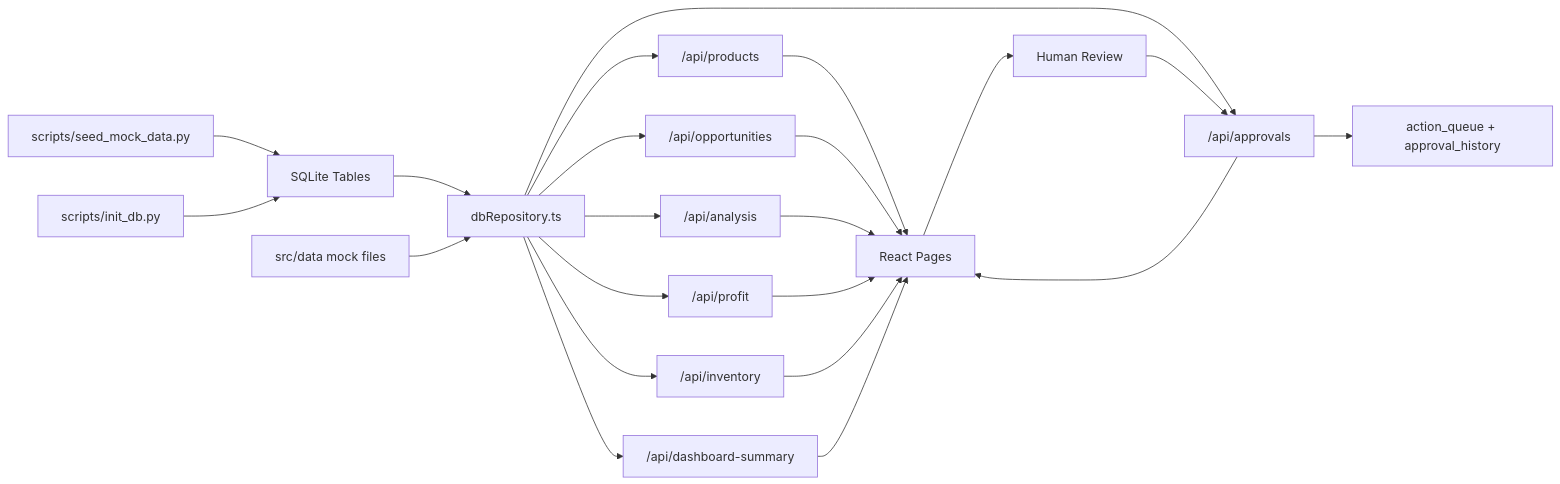
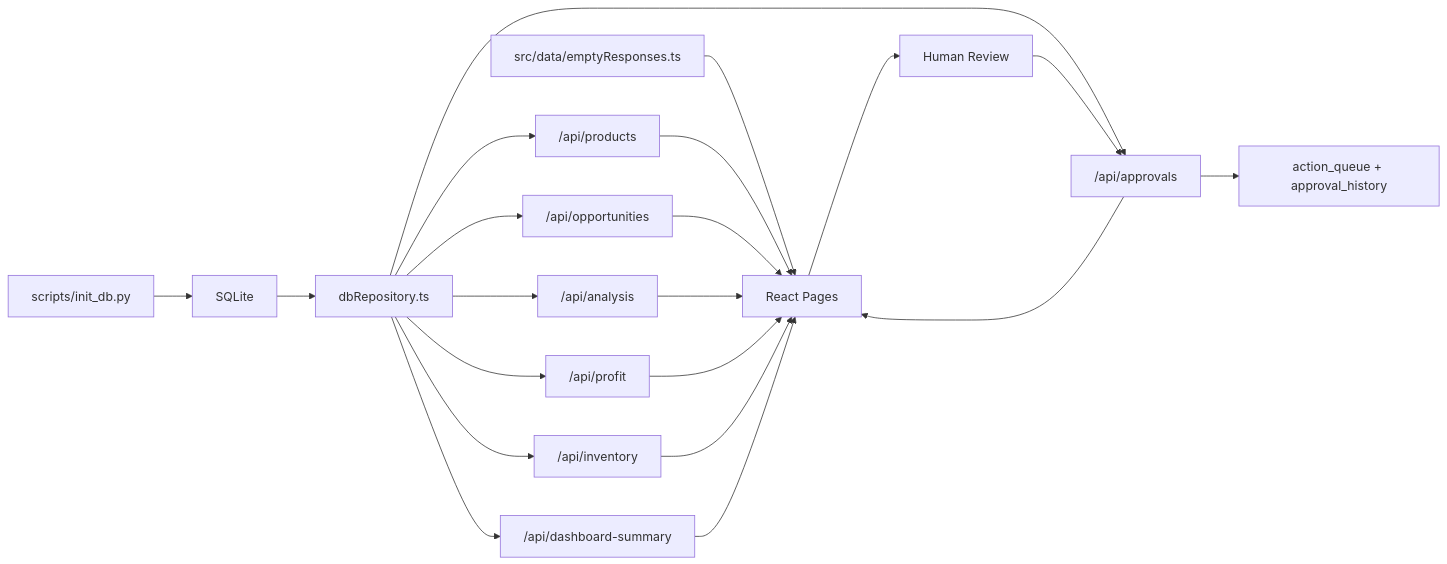
The second of 3 diagrams in project-docs/SYSTEM_ARCHITECTURE.md (021016ltc-commits/brazil-ai-commerce-os-web), drawn with Mermaid before and after one commit. The commit also changed other lines of this file and 56 other files, not shown here.

````diff
--- a/project-docs/SYSTEM_ARCHITECTURE.md
+++ b/project-docs/SYSTEM_ARCHITECTURE.md
@@ -55,28 +55,27 @@
 ```mermaid
 flowchart LR
-  Seed["scripts/seed_mock_data.py"] --> SQLite["SQLite Tables"]
   Init["scripts/init_db.py"] --> SQLite
 
   SQLite --> Repo["dbRepository.ts"]
-  Mock["src/data mock files"] --> Repo
+  EmptyState["src/data/emptyResponses.ts"] --> UI
 
   Repo --> Products["/api/products"]
   Repo --> OppAPI["/api/opportunities"]
   Repo --> AnalysisAPI["/api/analysis"]
   Repo --> ProfitAPI["/api/profit"]
   Repo --> InventoryAPI["/api/inventory"]
   Repo --> ApprovalsAPI["/api/approvals"]
   Repo --> DashAPI["/api/dashboard-summary"]
 
   Products --> UI["React Pages"]
   OppAPI --> UI
   AnalysisAPI --> UI
   ProfitAPI --> UI
   InventoryAPI --> UI
   ApprovalsAPI --> UI
   DashAPI --> UI
 
   UI --> Human["Human Review"]
   Human --> ApprovalsAPI
   ApprovalsAPI --> ActionQueue["action_queue + approval_history"]
 ```
````
